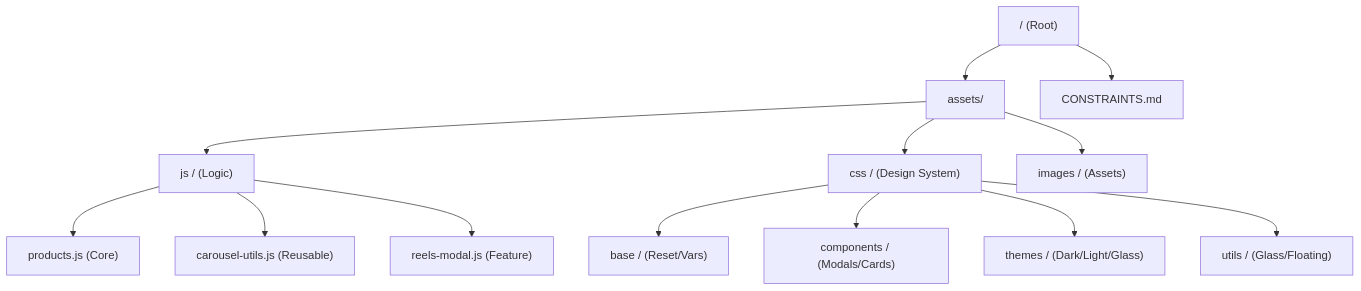
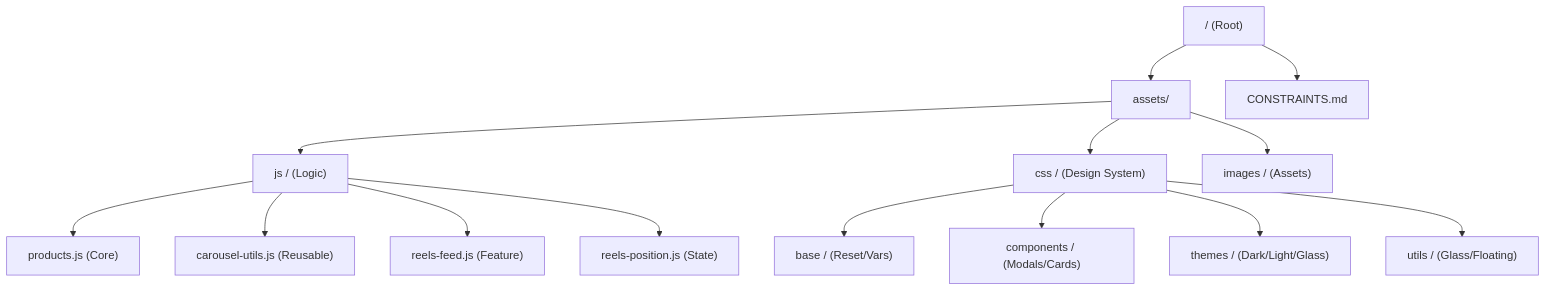
The diagram in READ_PROJECT_ARCHITECTURE.md (JOLT-dailyAi/VibeDrips), drawn with Mermaid before and after one commit. The commit also changed other lines of this file and 2 other files, not shown here.

````diff
--- a/READ_PROJECT_ARCHITECTURE.md
+++ b/READ_PROJECT_ARCHITECTURE.md
@@ -31,18 +31,19 @@
 ```mermaid
 graph TD
     Root["/ (Root)"] --> Assets["assets/"]
     Root --> Docs["CONSTRAINTS.md"]
     
     Assets --> JS["js / (Logic)"]
     Assets --> CSS["css / (Design System)"]
     Assets --> Images["images / (Assets)"]
     
     JS --> PJS["products.js (Core)"]
     JS --> CUT["carousel-utils.js (Reusable)"]
-    JS --> RJS["reels-modal.js (Feature)"]
+    JS --> RJS["reels-feed.js (Feature)"]
+    JS --> RPS["reels-position.js (State)"]
     
     CSS --> CB["base / (Reset/Vars)"]
     CSS --> CC["components / (Modals/Cards)"]
     CSS --> CT["themes / (Dark/Light/Glass)"]
     CSS --> CU["utils / (Glass/Floating)"]
 ```
````
